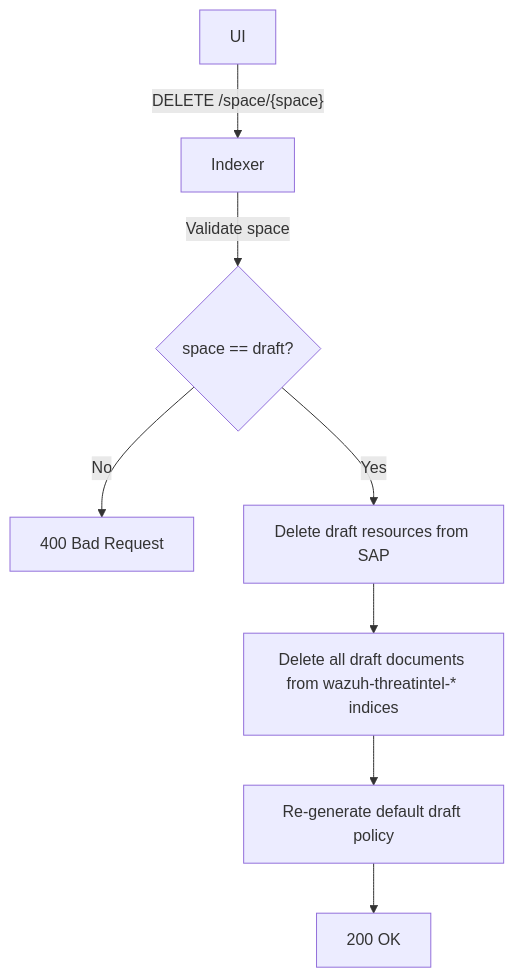
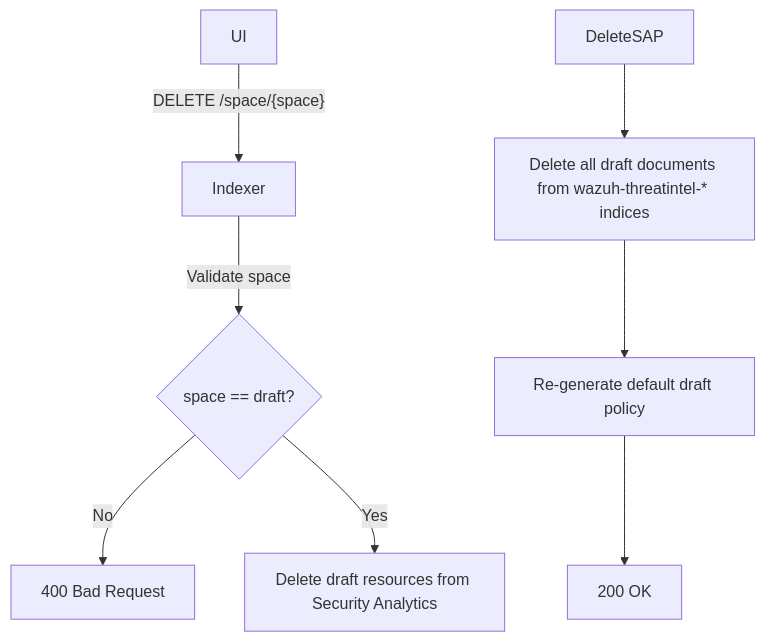
Diagram 12 of 12 in docs/dev/plugins/content-manager.md (wazuh/wazuh-indexer-plugins), drawn with Mermaid before and after one commit. The commit also changed other lines of this file and 41 other files, not shown here.

````diff
--- a/docs/dev/plugins/content-manager.md
+++ b/docs/dev/plugins/content-manager.md
@@ -810,10 +815,10 @@
 ```mermaid
 flowchart TD
     UI[UI] -->|"DELETE /space/{space}"| Indexer
     Indexer -->|Validate space| Check{space == draft?}
     Check -->|No| Error400[400 Bad Request]
-    Check -->|Yes| DeleteSAP[Delete draft resources from SAP]
+    Check -->|Yes| DeleteSA[Delete draft resources from Security Analytics]
     DeleteSAP --> DeleteCTI[Delete all draft documents from wazuh-threatintel-* indices]
     DeleteCTI --> RegenPolicy[Re-generate default draft policy]
     RegenPolicy --> OK[200 OK]
 ```
````
